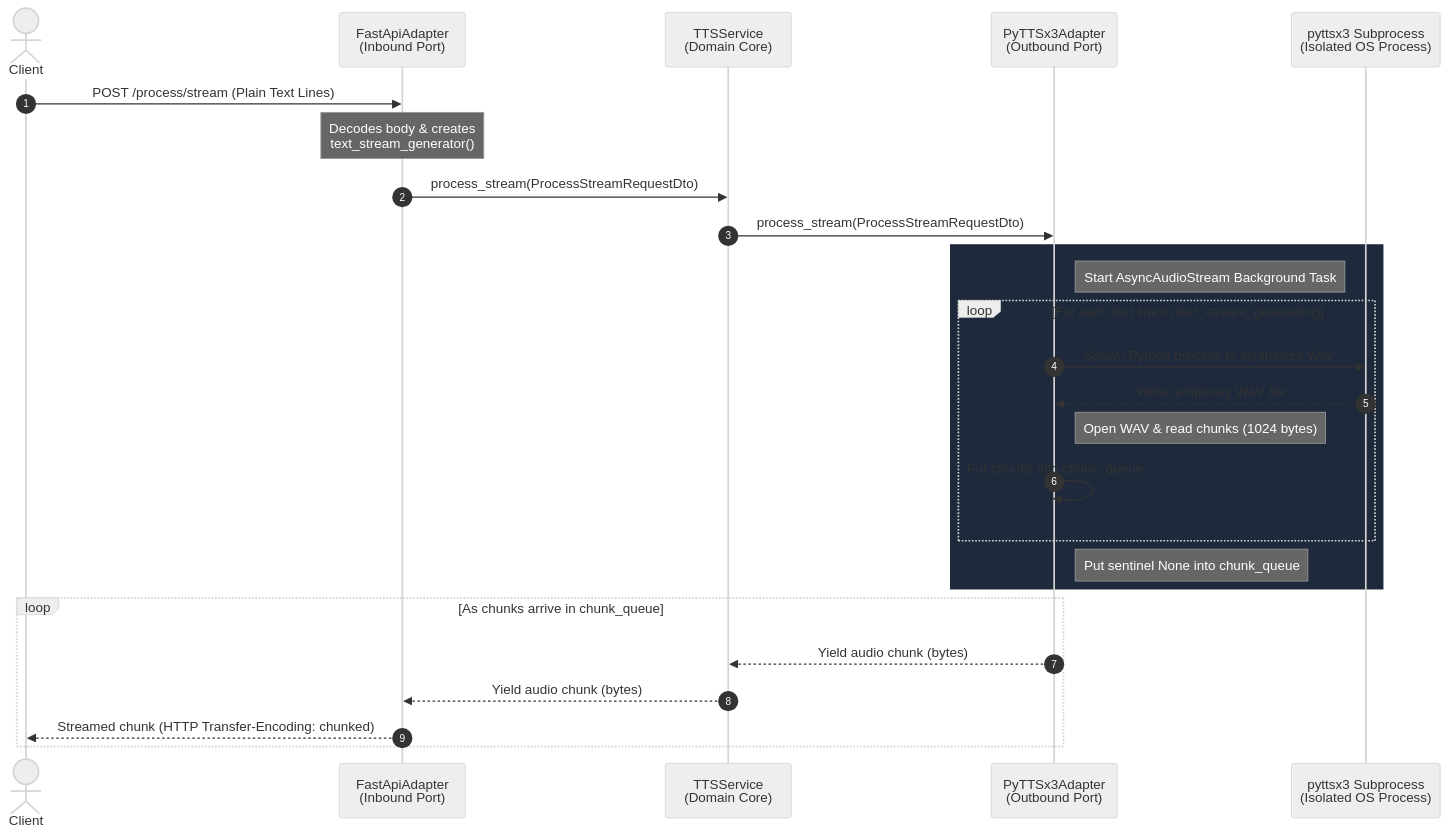
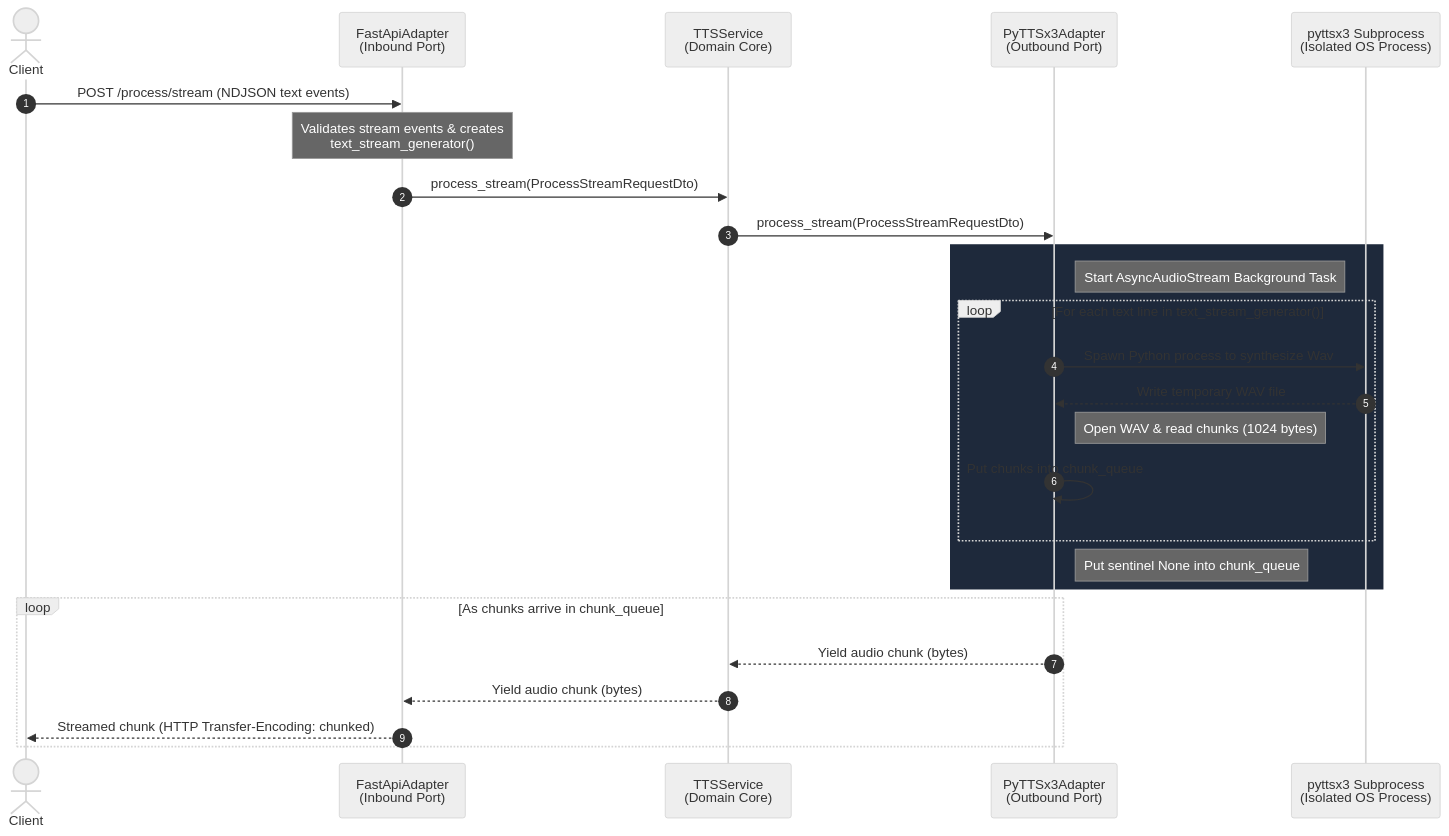
One commit to DanielCalvo-Calvicia/tts_microservice changed the diagram in README_STREAMING.md. Above: the diagram before and after it, drawn with Mermaid (neutral theme). The commit also changed other lines of this file and 17 other files, not shown here.

````diff
--- a/README_STREAMING.md
+++ b/README_STREAMING.md
@@ -9,31 +57,31 @@
 ```mermaid
 sequenceDiagram
     autonumber
     actor Client
     participant Inbound as FastApiAdapter<br/>(Inbound Port)
     participant Core as TTSService<br/>(Domain Core)
     participant Outbound as PyTTSx3Adapter<br/>(Outbound Port)
     participant Subprocess as pyttsx3 Subprocess<br/>(Isolated OS Process)
 
-    Client->>Inbound: POST /process/stream (Plain Text Lines)
-    Note over Inbound: Decodes body & creates<br/>text_stream_generator()
+    Client->>Inbound: POST /process/stream (NDJSON text events)
+    Note over Inbound: Validates stream events & creates<br/>text_stream_generator()
     Inbound->>Core: process_stream(ProcessStreamRequestDto)
     Core->>Outbound: process_stream(ProcessStreamRequestDto)
     
     rect rgb(30, 41, 59)
         note right of Outbound: Start AsyncAudioStream Background Task
         loop For each text line in text_stream_generator()
             Outbound->>Subprocess: Spawn Python process to synthesize Wav
             Subprocess-->>Outbound: Write temporary WAV file
             note right of Outbound: Open WAV & read chunks (1024 bytes)
             Outbound->>Outbound: Put chunks into chunk_queue
         end
         note right of Outbound: Put sentinel None into chunk_queue
     end
 
     loop As chunks arrive in chunk_queue
         Outbound-->>Core: Yield audio chunk (bytes)
         Core-->>Inbound: Yield audio chunk (bytes)
         Inbound-->>Client: Streamed chunk (HTTP Transfer-Encoding: chunked)
     end
 ```
````
